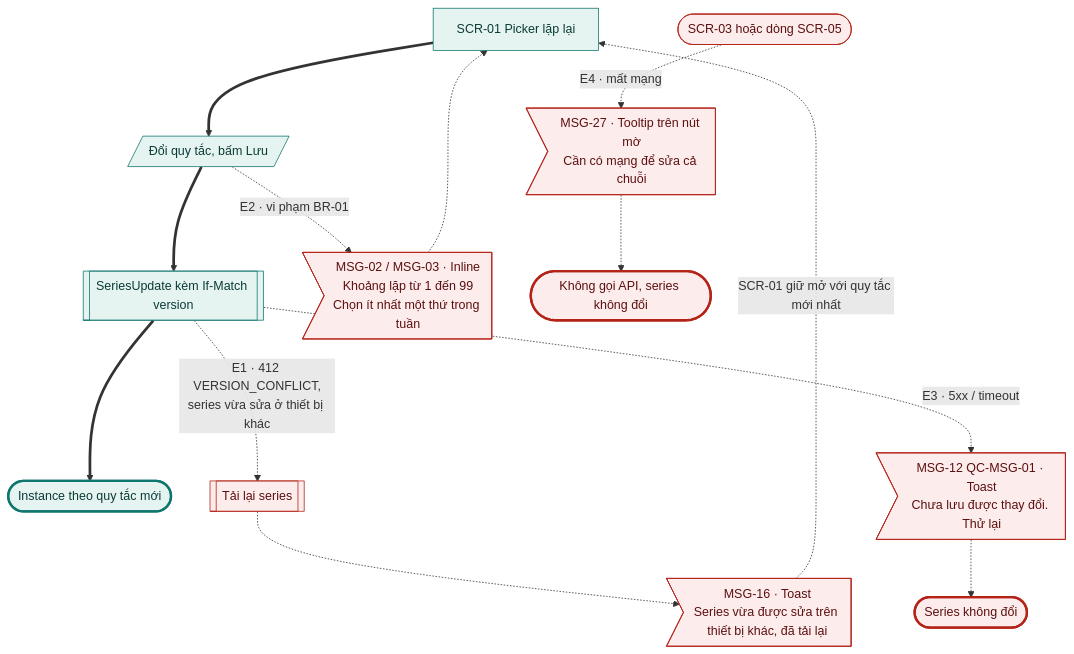
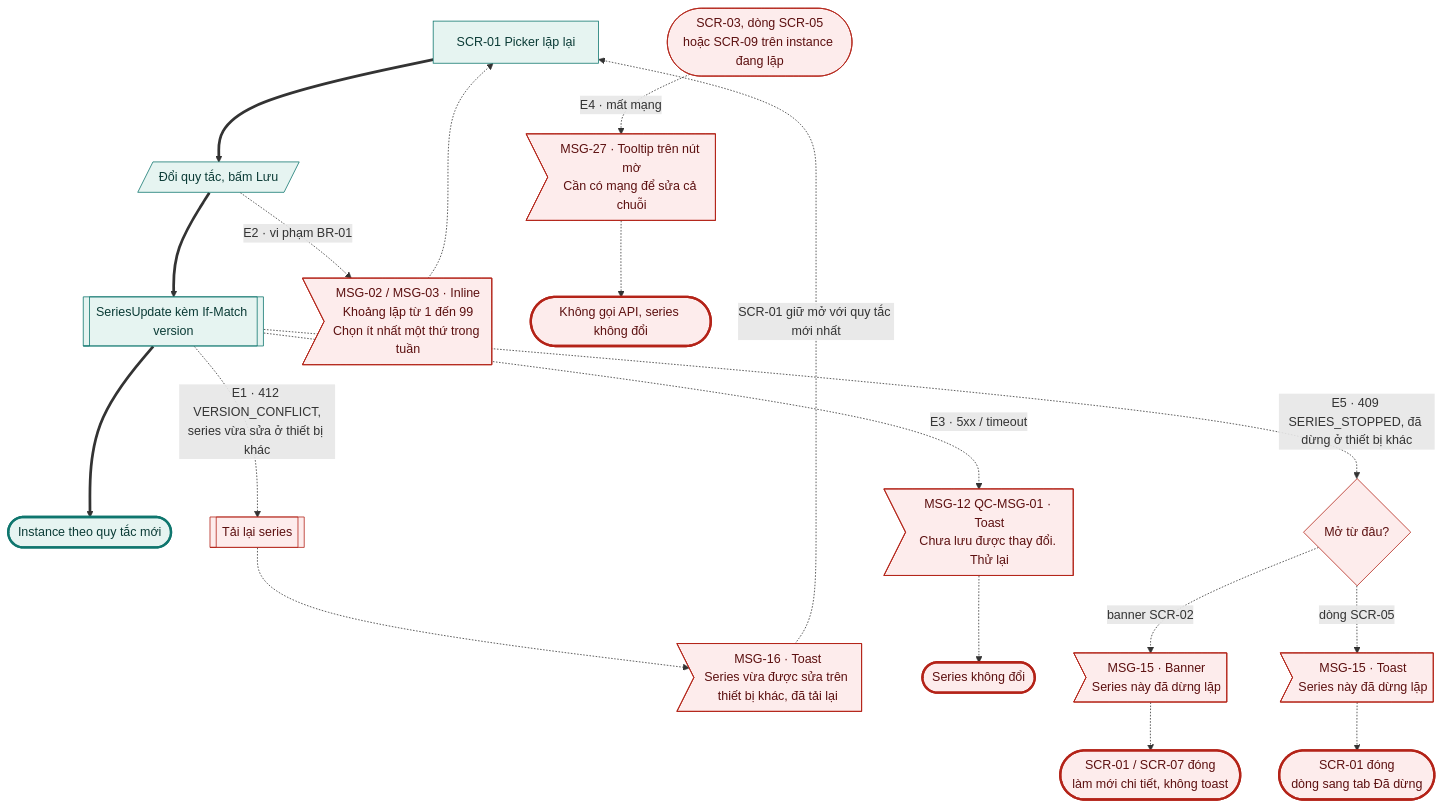
One commit to tannguyenho/personal-app changed diagram 11 of 19 in docs/design-brief/flow/g03-task-lap-lai.md. Above: the diagram before and after it, drawn with Mermaid. The commit also changed other lines of this file and 8 other files, not shown here.

````diff
--- a/docs/design-brief/flow/g03-task-lap-lai.md
+++ b/docs/design-brief/flow/g03-task-lap-lai.md
@@ -450,32 +456,37 @@
 ```mermaid
 flowchart TD
   s2["SCR-01 Picker lặp lại"]
   u3[/"Đổi quy tắc, bấm Lưu"/]
   p1[["SeriesUpdate kèm If-Match version"]]
   ok(["Instance theo quy tắc mới"])
   s2 ==> u3 ==> p1 ==> ok
 
   u3 -.->|"E2 · vi phạm BR-01"| e2m>"MSG-02 / MSG-03 · Inline<br/>Khoảng lặp từ 1 đến 99<br/>Chọn ít nhất một thứ trong tuần"]
   e2m -.-> s2
   p1 -.->|"E1 · 412 VERSION_CONFLICT,<br/>series vừa sửa ở thiết bị khác"| e1[["Tải lại series"]]
   e1 -.-> e1m>"MSG-16 · Toast<br/>Series vừa được sửa trên thiết bị khác, đã tải lại"]
   e1m -.->|"SCR-01 giữ mở với quy tắc mới nhất"| s2
   p1 -.->|"E3 · 5xx / timeout"| e3m>"MSG-12 QC-MSG-01 · Toast<br/>Chưa lưu được thay đổi. Thử lại"]
   e3m -.-> fail(["Series không đổi"])
-  e4s(["SCR-03 hoặc dòng SCR-05"]) -.->|"E4 · mất mạng"| e4m>"MSG-27 · Tooltip trên nút mờ<br/>Cần có mạng để sửa cả chuỗi"]
+  e4s(["SCR-03, dòng SCR-05<br/>hoặc SCR-09 trên instance đang lặp"]) -.->|"E4 · mất mạng"| e4m>"MSG-27 · Tooltip trên nút mờ<br/>Cần có mạng để sửa cả chuỗi"]
   e4m -.-> e4(["Không gọi API, series không đổi"])
+  p1 -.->|"E5 · 409 SERIES_STOPPED, đã dừng ở thiết bị khác"| e5{"Mở từ đâu?"}
+  e5 -.->|"banner SCR-02"| e5b>"MSG-15 · Banner<br/>Series này đã dừng lặp"]
+  e5b -.-> e5c(["SCR-01 / SCR-07 đóng<br/>làm mới chi tiết, không toast"])
+  e5 -.->|"dòng SCR-05"| e5t>"MSG-15 · Toast<br/>Series này đã dừng lặp"]
+  e5t -.-> e5d(["SCR-01 đóng<br/>dòng sang tab Đã dừng"])
 
   class s2,u3,p1 happy
-  class e2m,e1,e1m,e3m,e4s,e4m err
+  class e2m,e1,e1m,e3m,e4s,e4m,e5,e5b,e5t err
   class ok done
-  class fail,e4 fail
+  class fail,e4,e5c,e5d fail
   classDef happy fill:#E6F4F1,stroke:#0F766E,color:#0B3B36
   classDef alt fill:#F1F3F5,stroke:#6B7280,color:#1F2937
   classDef err fill:#FDECEC,stroke:#B42318,color:#5C1010
   classDef warn fill:#FEF4E2,stroke:#B45309,color:#4A2604
   classDef ai fill:#F1ECFD,stroke:#6D28D9,color:#2E1065
   classDef sync fill:#FFFFFF,stroke:#6B7280,stroke-dasharray:4 3,color:#1F2937
   classDef link fill:#FFFFFF,stroke:#0F766E,stroke-dasharray:4 3,color:#0B3B36
   classDef done fill:#E6F4F1,stroke:#0F766E,stroke-width:3px,color:#0B3B36
   classDef fail fill:#FDECEC,stroke:#B42318,stroke-width:3px,color:#5C1010
 ```
````
